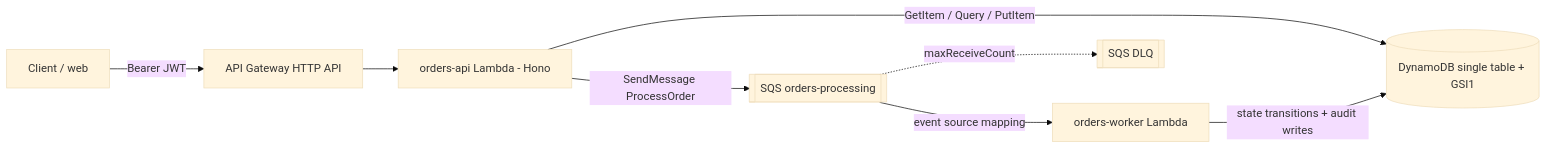
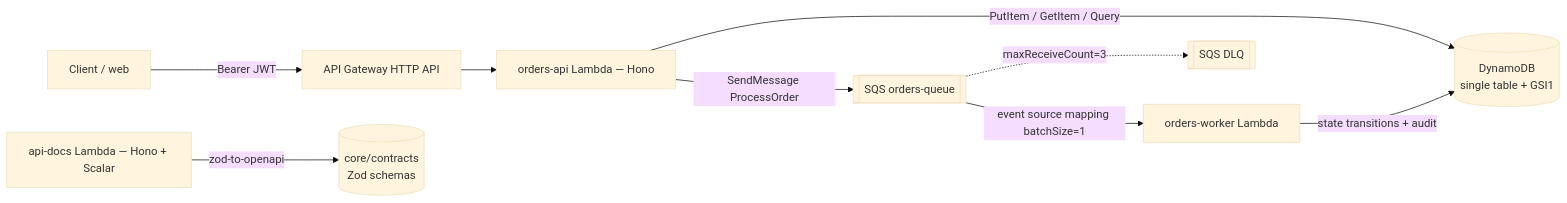
The first of 3 diagrams in README.md (marcoshuaranga/tcs-challenge-for-backend), drawn with Mermaid (base theme) before and after one commit. The commit also changed other lines of this file and 14 other files, not shown here.

````diff
--- a/README.md
+++ b/README.md
@@ -14,10 +31,11 @@
 ```mermaid
 flowchart LR
   Client[Client / web] -->|Bearer JWT| APIGW[API Gateway HTTP API]
-  APIGW --> ApiLambda[orders-api Lambda - Hono]
-  ApiLambda -->|GetItem / Query / PutItem| DDB[(DynamoDB single table + GSI1)]
-  ApiLambda -->|SendMessage ProcessOrder| SQS[[SQS orders-processing]]
-  SQS -->|event source mapping| WorkerLambda[orders-worker Lambda]
-  WorkerLambda -->|state transitions + audit writes| DDB
-  SQS -. maxReceiveCount .-> DLQ[[SQS DLQ]]
+  APIGW --> ApiLambda[orders-api Lambda — Hono]
+  ApiLambda -->|PutItem / GetItem / Query| DDB[(DynamoDB\nsingle table + GSI1)]
+  ApiLambda -->|SendMessage ProcessOrder| SQS[[SQS orders-queue]]
+  SQS -->|event source mapping batchSize=1| WorkerLambda[orders-worker Lambda]
+  WorkerLambda -->|state transitions + audit| DDB
+  SQS -. maxReceiveCount=3 .-> DLQ[[SQS DLQ]]
+  DocsLambda[api-docs Lambda — Hono + Scalar] -->|zod-to-openapi| Contracts[(core/contracts\nZod schemas)]
 ```
````
